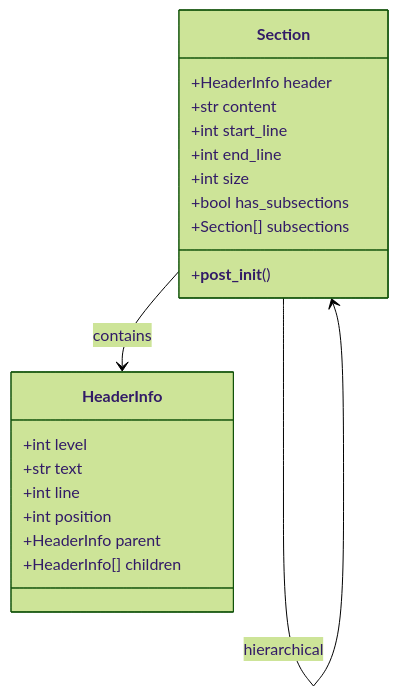
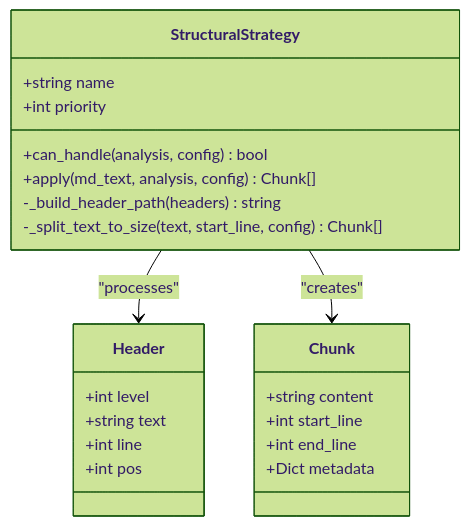
Before and after one commit to asukhodko/dify-markdown-chunker: the second of 11 diagrams in .qoder/repowiki/en/content/Chunking Strategies/Structural Strategy.md, drawn with Mermaid (forest theme). The commit also changed other lines of this file and 205 other files, not shown here.

````diff
--- a/.qoder/repowiki/en/content/Chunking Strategies/Structural Strategy.md
+++ b/.qoder/repowiki/en/content/Chunking Strategies/Structural Strategy.md
@@ -339,23 +87,25 @@
 ```mermaid
 classDiagram
-class Section {
-+HeaderInfo header
-+str content
+class StructuralStrategy {
++string name
++int priority
++can_handle(analysis, config) bool
++apply(md_text, analysis, config) Chunk[]
+-_build_header_path(headers) string
+-_split_text_to_size(text, start_line, config) Chunk[]
+}
+class Header {
++int level
++string text
++int line
++int pos
+}
+class Chunk {
++string content
 +int start_line
 +int end_line
-+int size
-+bool has_subsections
-+Section[] subsections
-+__post_init__()
++Dict metadata
 }
-class HeaderInfo {
-+int level
-+str text
-+int line
-+int position
-+HeaderInfo parent
-+HeaderInfo[] children
-}
-Section --> HeaderInfo : contains
-Section --> Section : hierarchical
+StructuralStrategy --> Header : "processes"
+StructuralStrategy --> Chunk : "creates"
 ```
````
